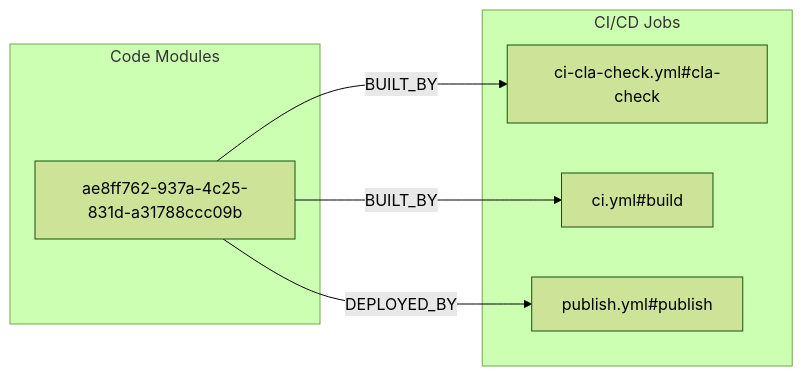
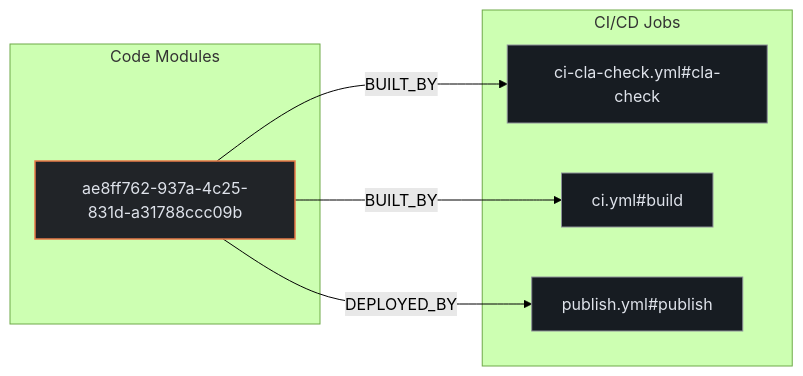
The second of 3 diagrams in exports/latest/reports/n8n-io-n8n-nodes-starter-report.md (kumarshaz/atruss-code-atlas), drawn with Mermaid (forest theme) before and after one commit. The commit also changed other lines of this file and 331 other files, not shown here.

Commit message:
docs,ui,fix: update SDLC docs, reorder CI/CD DAG first, stylize Mermaid, and fix Arc42 pipeline topology

````diff
--- a/exports/latest/reports/n8n-io-n8n-nodes-starter-report.md
+++ b/exports/latest/reports/n8n-io-n8n-nodes-starter-report.md
@@ -107,14 +114,18 @@
 ```mermaid
 flowchart LR
+    classDef atlasCategory fill:#212428,stroke:#E87A48,stroke-width:1.5px,color:#dfe3eb
+    classDef atlasWorkflow fill:#1b2026,stroke:#a3c9ff,stroke-width:1.5px,color:#dfe3eb
+    classDef atlasJob fill:#171c22,stroke:#8d9199,stroke-width:1px,color:#dfe3eb
+    classDef atlasTarget fill:#005227,stroke:#8bd99b,stroke-width:1.5px,color:#a7f6b6
     subgraph code_modules["Code Modules"]
-        mod_ae8ff762_937a_4c25_831d_a31788ccc09b["ae8ff762-937a-4c25-831d-a31788ccc09b"]
+        mod_ae8ff762_937a_4c25_831d_a31788ccc09b["ae8ff762-937a-4c25-831d-a31788ccc09b"]:::atlasCategory
     end
     subgraph ci_jobs["CI/CD Jobs"]
-        job_ci_cla_check_yml_cla_check["ci-cla-check.yml#cla-check"]
-        job_ci_yml_build["ci.yml#build"]
-        job_publish_yml_publish["publish.yml#publish"]
+        job_ci_cla_check_yml_cla_check["ci-cla-check.yml#cla-check"]:::atlasJob
+        job_ci_yml_build["ci.yml#build"]:::atlasJob
+        job_publish_yml_publish["publish.yml#publish"]:::atlasJob
     end
     mod_ae8ff762_937a_4c25_831d_a31788ccc09b -->|BUILT_BY| job_ci_cla_check_yml_cla_check
     mod_ae8ff762_937a_4c25_831d_a31788ccc09b -->|BUILT_BY| job_ci_yml_build
     mod_ae8ff762_937a_4c25_831d_a31788ccc09b -->|DEPLOYED_BY| job_publish_yml_publish
 ```
````
